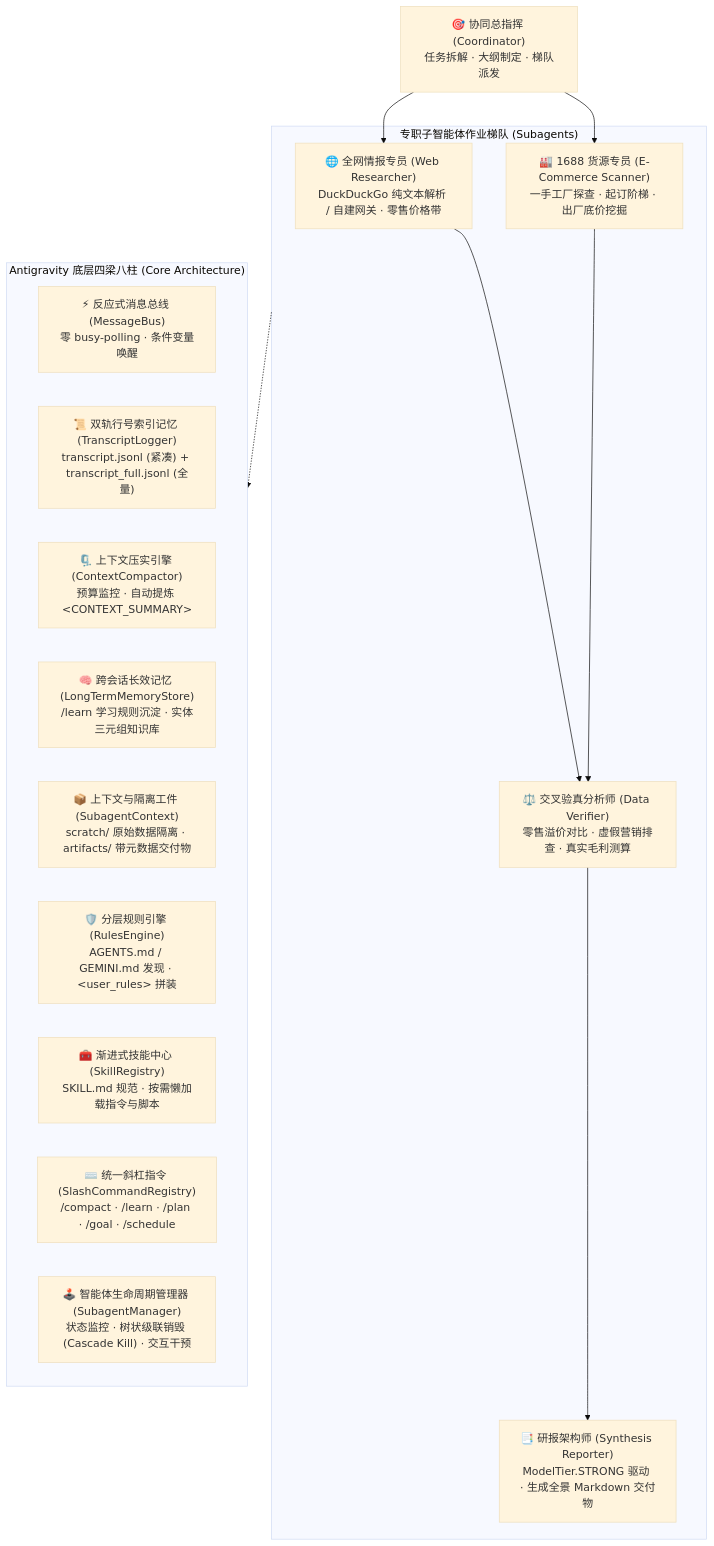
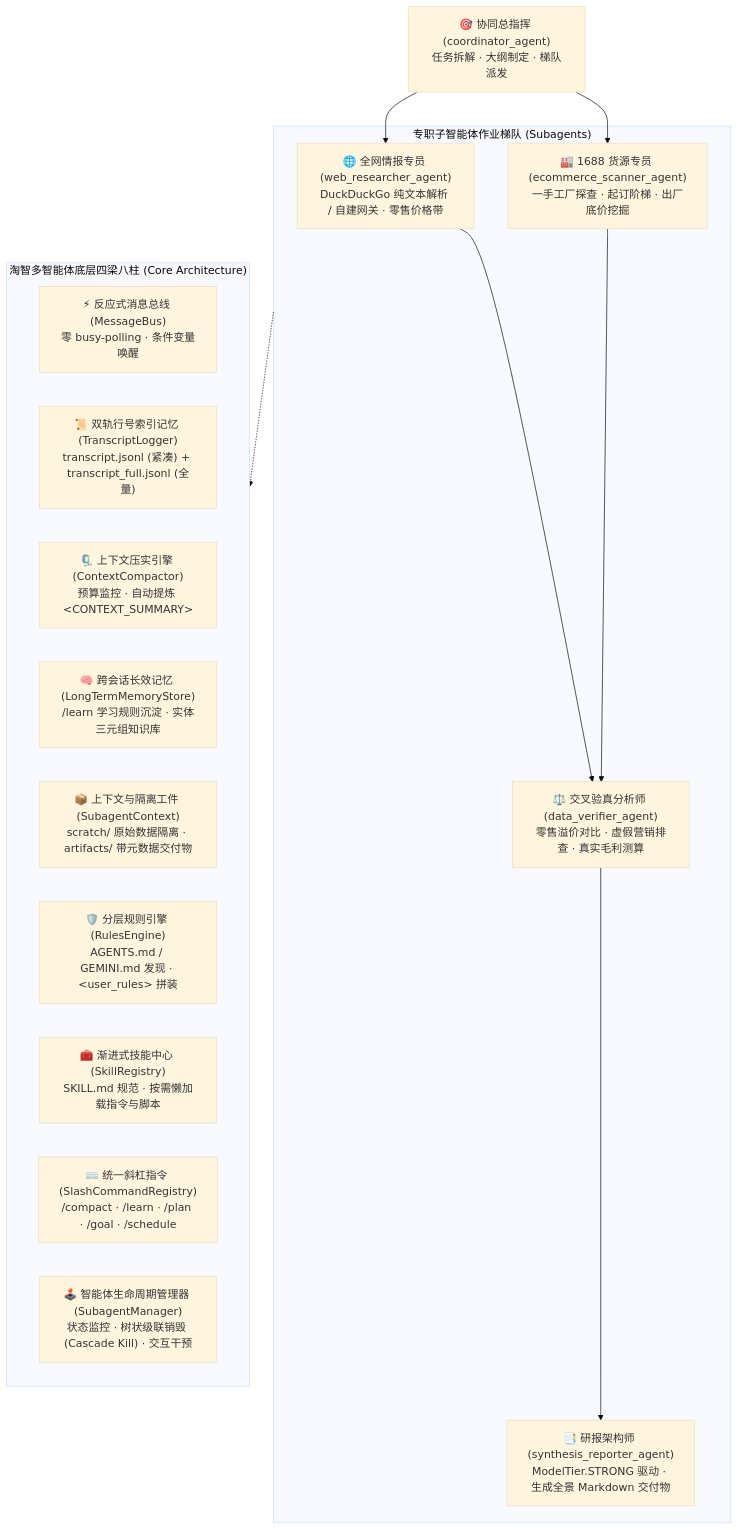
Before and after one commit to SenpeWang/TaoZhi-EcomAgent: the second of 3 diagrams in README.md, drawn with Mermaid (base theme). The commit also changed other lines of this file and 36 other files, not shown here.

````diff
--- a/README.md
+++ b/README.md
@@ -69,31 +69,31 @@
 ```mermaid
 flowchart TD
-    Coordinator["🎯 协同总指挥 (Coordinator)<br>任务拆解 · 大纲制定 · 梯队派发"]
+    Coordinator["🎯 协同总指挥 (coordinator_agent)<br>任务拆解 · 大纲制定 · 梯队派发"]
 
     subgraph MultiAgents["专职子智能体作业梯队 (Subagents)"]
-        WebAgent["🌐 全网情报专员 (Web Researcher)<br>DuckDuckGo 纯文本解析 / 自建网关 · 零售价格带"]
-        ScannerAgent["🏭 1688 货源专员 (E-Commerce Scanner)<br>一手工厂探查 · 起订阶梯 · 出厂底价挖掘"]
-        VerifierAgent["⚖️ 交叉验真分析师 (Data Verifier)<br>零售溢价对比 · 虚假营销排查 · 真实毛利测算"]
-        ReporterAgent["📑 研报架构师 (Synthesis Reporter)<br>ModelTier.STRONG 驱动 · 生成全景 Markdown 交付物"]
+        WebAgent["🌐 全网情报专员 (web_researcher_agent)<br>DuckDuckGo 纯文本解析 / 自建网关 · 零售价格带"]
+        ScannerAgent["🏭 1688 货源专员 (ecommerce_scanner_agent)<br>一手工厂探查 · 起订阶梯 · 出厂底价挖掘"]
+        VerifierAgent["⚖️ 交叉验真分析师 (data_verifier_agent)<br>零售溢价对比 · 虚假营销排查 · 真实毛利测算"]
+        ReporterAgent["📑 研报架构师 (synthesis_reporter_agent)<br>ModelTier.STRONG 驱动 · 生成全景 Markdown 交付物"]
     end
 
-    subgraph AgCore["Antigravity 底层四梁八柱 (Core Architecture)"]
+    subgraph CoreArch["淘智多智能体底层四梁八柱 (Core Architecture)"]
         Bus["⚡ 反应式消息总线 (MessageBus)<br>零 busy-polling · 条件变量唤醒"]
         Transcript["📜 双轨行号索引记忆 (TranscriptLogger)<br>transcript.jsonl (紧凑) + transcript_full.jsonl (全量)"]
         Compactor["🗜️ 上下文压实引擎 (ContextCompactor)<br>预算监控 · 自动提炼 &lt;CONTEXT_SUMMARY&gt;"]
         Store["🧠 跨会话长效记忆 (LongTermMemoryStore)<br>/learn 学习规则沉淀 · 实体三元组知识库"]
         ContextSys["📦 上下文与隔离工件 (SubagentContext)<br>scratch/ 原始数据隔离 · artifacts/ 带元数据交付物"]
         Rules["🛡️ 分层规则引擎 (RulesEngine)<br>AGENTS.md / GEMINI.md 发现 · &lt;user_rules&gt; 拼装"]
         Skills["🧰 渐进式技能中心 (SkillRegistry)<br>SKILL.md 规范 · 按需懒加载指令与脚本"]
         Commands["⌨️ 统一斜杠指令 (SlashCommandRegistry)<br>/compact · /learn · /plan · /goal · /schedule"]
         Manager["🕹️ 智能体生命周期管理器 (SubagentManager)<br>状态监控 · 树状级联销毁 (Cascade Kill) · 交互干预"]
     end
 
     Coordinator --> WebAgent
     Coordinator --> ScannerAgent
     WebAgent --> VerifierAgent
     ScannerAgent --> VerifierAgent
     VerifierAgent --> ReporterAgent
 
-    MultiAgents -.-> AgCore
+    MultiAgents -.-> CoreArch
 ```
````
